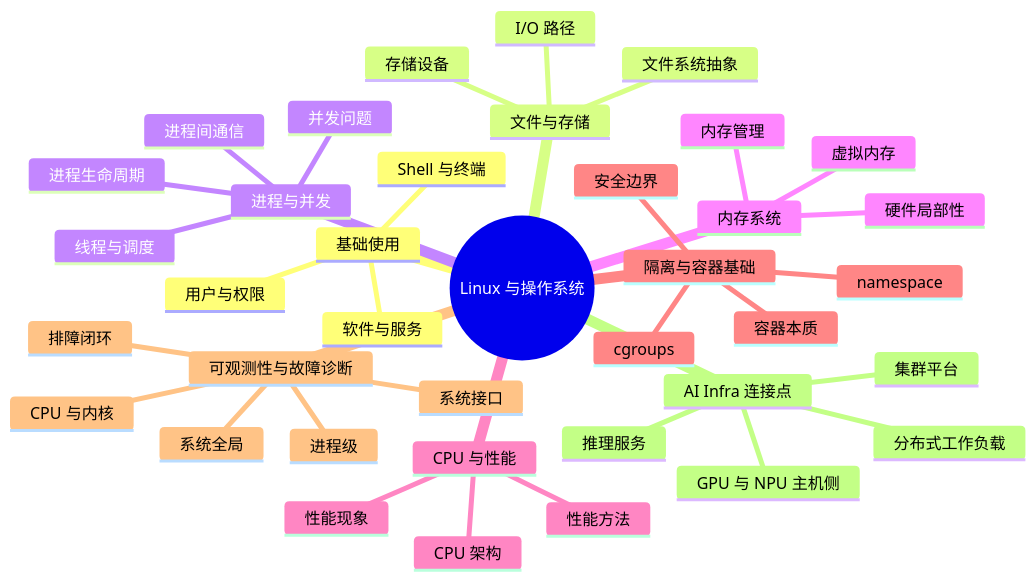
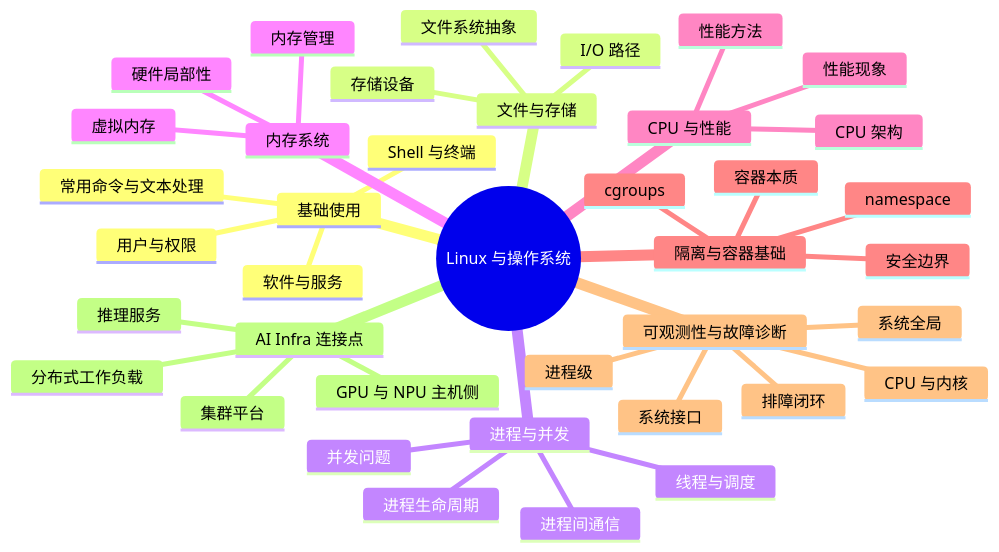
Before and after one commit to Zynb518/AI-Infra-Knowledge-Base: the diagram in Knowledge/阶段0-系统与工程基础/Linux操作系统/知识地图.mmd, drawn with Mermaid. The commit also changed 9 other files, not shown here.

```diff
--- a/Knowledge/阶段0-系统与工程基础/Linux操作系统/知识地图.mmd
+++ b/Knowledge/阶段0-系统与工程基础/Linux操作系统/知识地图.mmd
@@ -1,43 +1,44 @@
 ---
 config:
   layout: tidy-tree
 ---
 mindmap
   root((Linux 与操作系统))
     基础使用
       Shell 与终端
+      常用命令与文本处理
       用户与权限
       软件与服务
     文件与存储
       文件系统抽象
       I/O 路径
       存储设备
     进程与并发
       进程生命周期
       线程与调度
       进程间通信
       并发问题
     内存系统
       虚拟内存
       内存管理
       硬件局部性
     CPU 与性能
       CPU 架构
       性能现象
       性能方法
     隔离与容器基础
       namespace
       cgroups
       容器本质
       安全边界
     可观测性与故障诊断
       系统全局
       进程级
       CPU 与内核
       系统接口
       排障闭环
     AI Infra 连接点
       GPU 与 NPU 主机侧
       分布式工作负载
       推理服务
       集群平台
```
